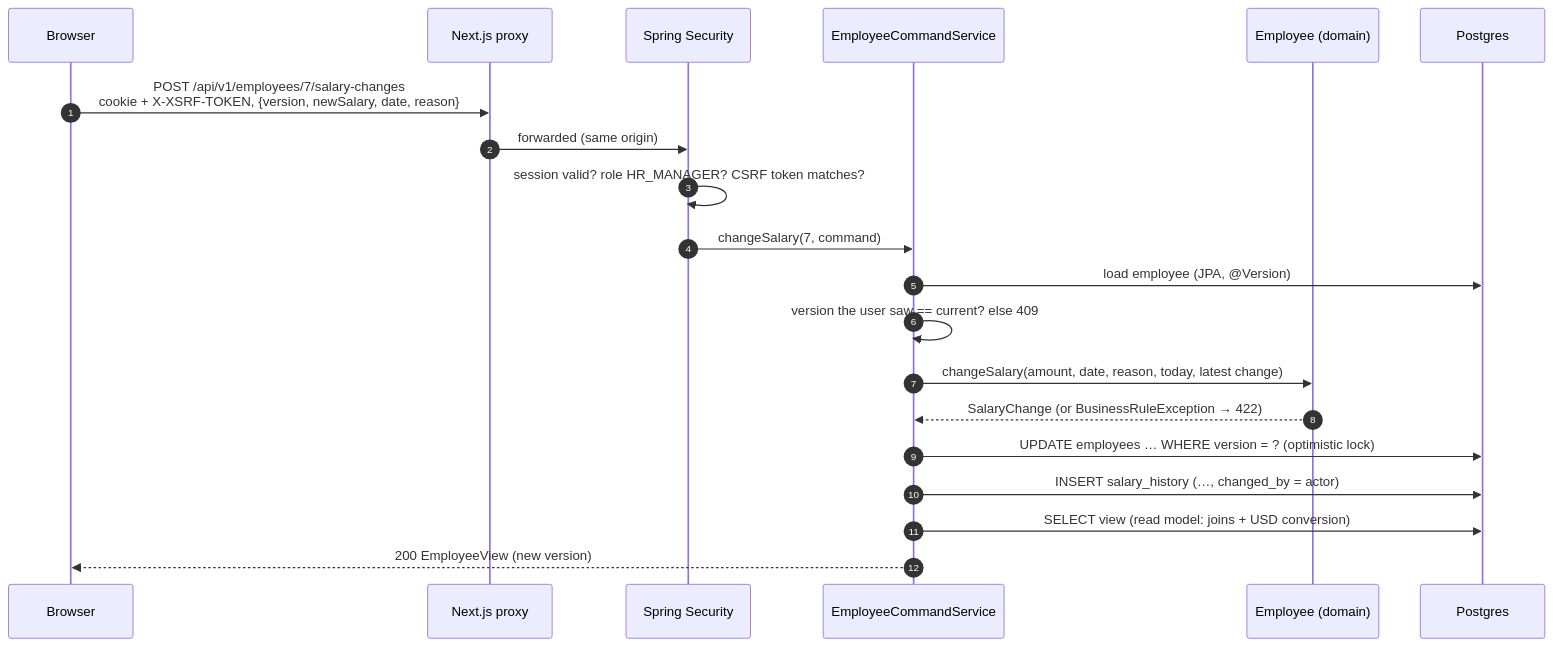
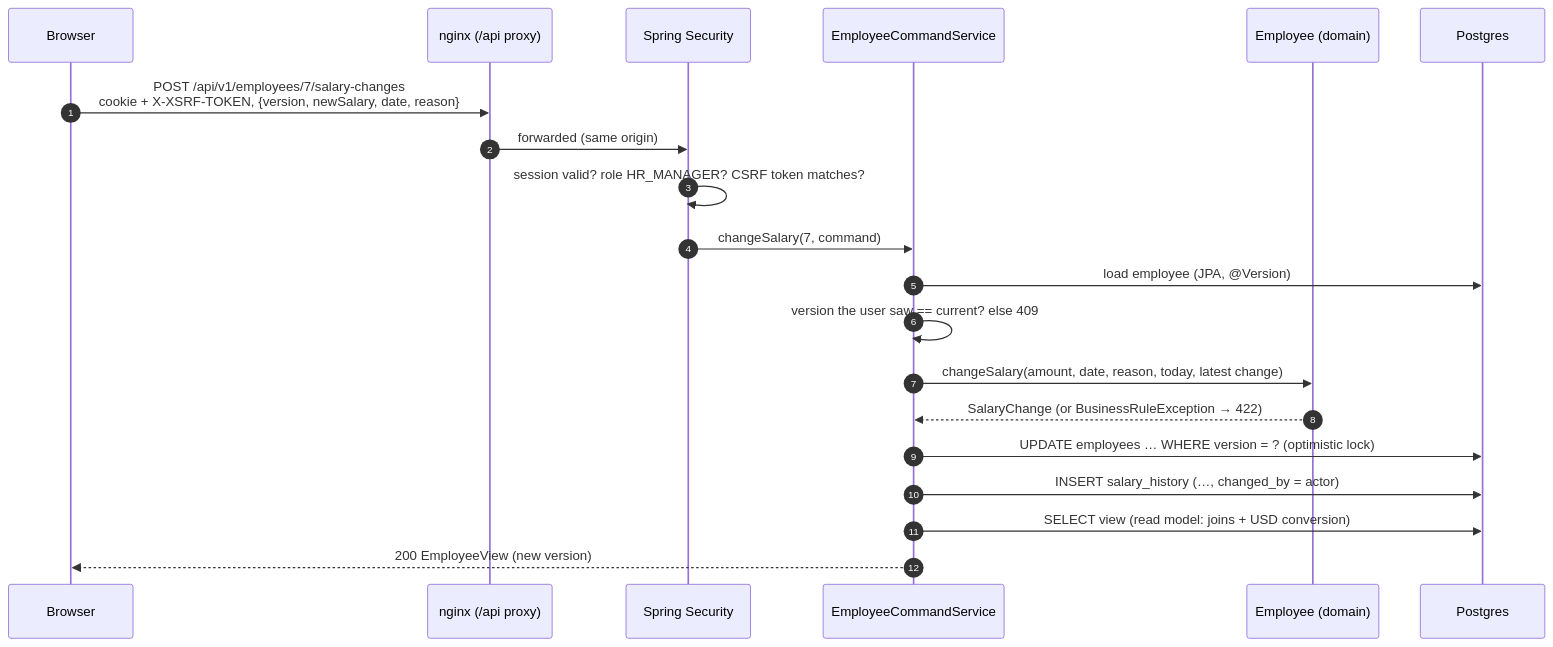
One commit to shankark6666/salary-mgmt changed the fourth of 7 diagrams in docs/architecture.md. Above: the diagram before and after it, drawn with Mermaid. The commit also changed other lines of this file and 17 other files, not shown here.

First line of the commit message:
Document the Angular UI: ADR-0007, architecture, security, release 2.0.0

````diff
--- a/docs/architecture.md
+++ b/docs/architecture.md
@@ -84,23 +84,23 @@
 ```mermaid
 sequenceDiagram
     autonumber
     participant B as Browser
-    participant P as Next.js proxy
+    participant P as nginx (/api proxy)
     participant S as Spring Security
     participant C as EmployeeCommandService
     participant E as Employee (domain)
     participant D as Postgres
 
     B->>P: POST /api/v1/employees/7/salary-changes<br/>cookie + X-XSRF-TOKEN, {version, newSalary, date, reason}
     P->>S: forwarded (same origin)
     S->>S: session valid? role HR_MANAGER? CSRF token matches?
     S->>C: changeSalary(7, command)
     C->>D: load employee (JPA, @Version)
     C->>C: version the user saw == current? else 409
     C->>E: changeSalary(amount, date, reason, today, latest change)
     E-->>C: SalaryChange (or BusinessRuleException → 422)
     C->>D: UPDATE employees … WHERE version = ? (optimistic lock)
     C->>D: INSERT salary_history (…, changed_by = actor)
     C->>D: SELECT view (read model: joins + USD conversion)
     C-->>B: 200 EmployeeView (new version)
 ```
````
